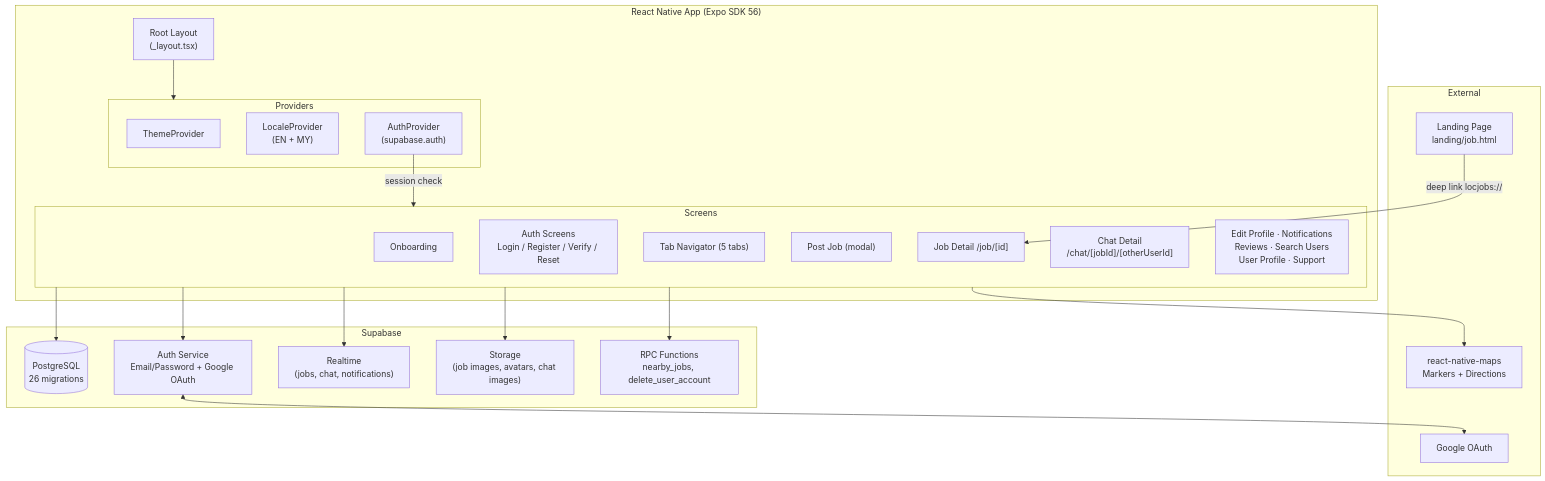
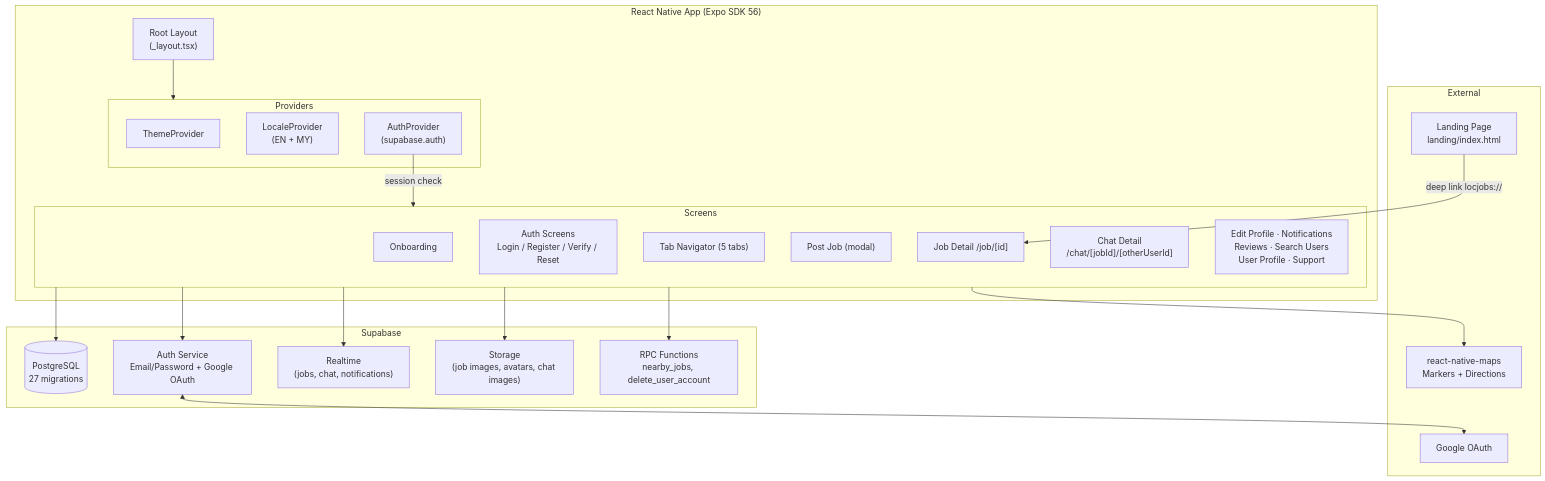
One commit to phyothant-dev/loc-jobs changed the first of 8 diagrams in FLOWCHART.md. Above: the diagram before and after it, drawn with Mermaid. The commit also changed other lines of this file and 6 other files, not shown here.

Commit message:
feat: responsive landing page (index.html + redirects), fix share URL, document CV feature

````diff
--- a/FLOWCHART.md
+++ b/FLOWCHART.md
@@ -7,45 +7,45 @@
 ```mermaid
 flowchart TB
     subgraph Client["React Native App (Expo SDK 56)"]
         Root["Root Layout<br/>(_layout.tsx)"]
         subgraph Providers["Providers"]
             Theme["ThemeProvider"]
             Locale["LocaleProvider<br/>(EN + MY)"]
             Auth["AuthProvider<br/>(supabase.auth)"]
         end
         subgraph Screens["Screens"]
             Onboard["Onboarding"]
             AuthScreens["Auth Screens<br/>Login / Register / Verify / Reset"]
             Tabs["Tab Navigator (5 tabs)"]
             Post["Post Job (modal)"]
             JobDetail["Job Detail /job/[id]"]
             ChatDetail["Chat Detail<br/>/chat/[jobId]/[otherUserId]"]
             Other["Edit Profile · Notifications<br/>Reviews · Search Users<br/>User Profile · Support"]
         end
     end
 
     subgraph Backend["Supabase"]
-        DB[("PostgreSQL<br/>26 migrations")]
+        DB[("PostgreSQL<br/>27 migrations")]
         AuthSvc["Auth Service<br/>Email/Password + Google OAuth"]
         Realtime["Realtime<br/>(jobs, chat, notifications)"]
         Storage["Storage<br/>(job images, avatars, chat images)"]
         RPC["RPC Functions<br/>nearby_jobs, delete_user_account"]
     end
 
     subgraph External["External"]
         Maps["react-native-maps<br/>Markers + Directions"]
         OAuth["Google OAuth"]
-        Web["Landing Page<br/>landing/job.html"]
+        Web["Landing Page<br/>landing/index.html"]
     end
 
     Root --> Providers
     Auth -->|session check| Screens
     Screens --> DB
     Screens --> AuthSvc
     Screens --> Realtime
     Screens --> Storage
     Screens --> RPC
     Screens --> Maps
     AuthSvc <--> OAuth
     Web -->|deep link locjobs://| JobDetail
 ```
````
